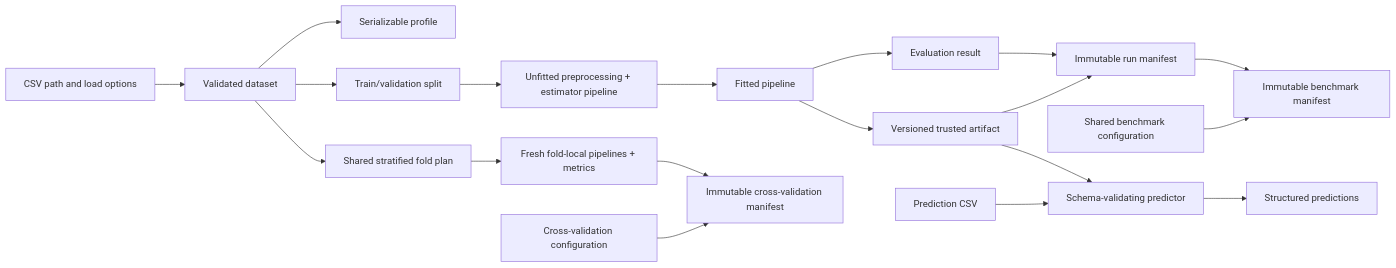
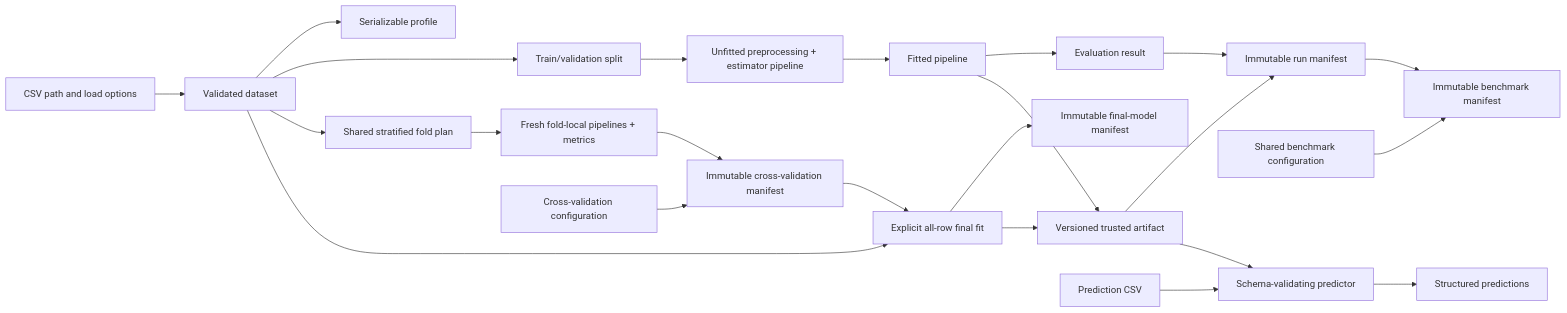
The diagram in docs/architecture.md (HivMindAI/mlforge), drawn with Mermaid before and after one commit. The commit also changed other lines of this file and 27 other files, not shown here.

````diff
--- a/docs/architecture.md
+++ b/docs/architecture.md
@@ -38,21 +40,25 @@
 ```mermaid
 flowchart LR
     A["CSV path and load options"] --> B["Validated dataset"]
     B --> C["Serializable profile"]
     B --> D["Train/validation split"]
     D --> E["Unfitted preprocessing + estimator pipeline"]
     E --> F["Fitted pipeline"]
     F --> G["Evaluation result"]
     G --> I["Immutable run manifest"]
     I --> M["Immutable benchmark manifest"]
     N["Shared benchmark configuration"] --> M
     B --> O["Shared stratified fold plan"]
     O --> P["Fresh fold-local pipelines + metrics"]
     P --> Q["Immutable cross-validation manifest"]
     R["Cross-validation configuration"] --> Q
+    Q --> S["Explicit all-row final fit"]
+    B --> S
+    S --> T["Immutable final-model manifest"]
+    S --> H
     F --> H["Versioned trusted artifact"]
     H --> I
     H --> J["Schema-validating predictor"]
     K["Prediction CSV"] --> J
     J --> L["Structured predictions"]
 ```
````
